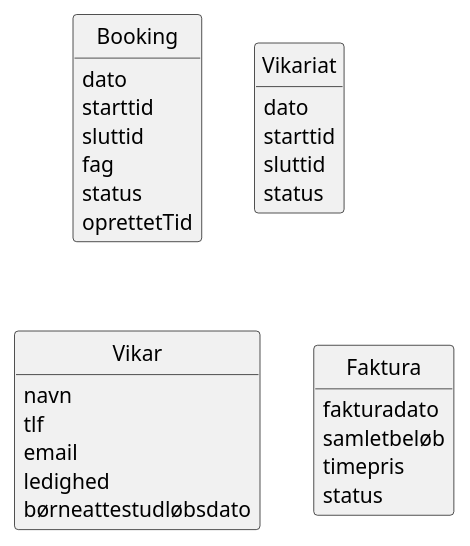
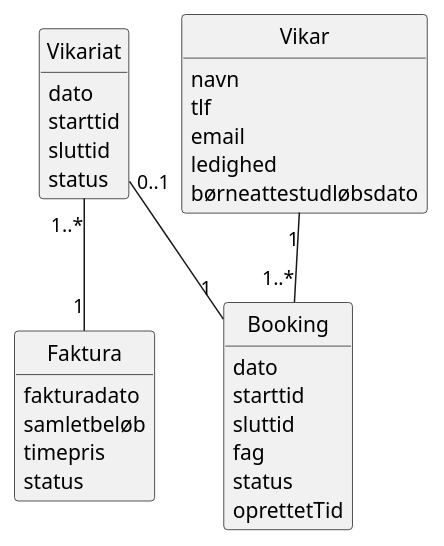
The diagram in Analyse/DomaimModel.plantuml (Alabaster550/A4vikar), drawn with PlantUML before and after one commit. The commit also changed 2 other files, not shown here.

```diff
--- a/Analyse/DomaimModel.plantuml
+++ b/Analyse/DomaimModel.plantuml
@@ -1,37 +1,41 @@
 @startuml
+
+Vikariat "1..*" -- "1" Faktura
+Vikar "1" -- "1..*" Booking
+Vikariat "0..1" -- "1" Booking
 
 class Booking{
 dato
 starttid
 sluttid
 fag
 status
 oprettetTid
 }
 
 class Vikariat{
 dato
 starttid
 sluttid
 status
 }
 
 class Vikar{
 navn
 tlf
 email
 ledighed
 børneattestudløbsdato 
 }
 
 class Faktura{
 fakturadato
 samletbeløb
 timepris
 status
 }
 
 
 hide methods
 hide circle
 @enduml
```
